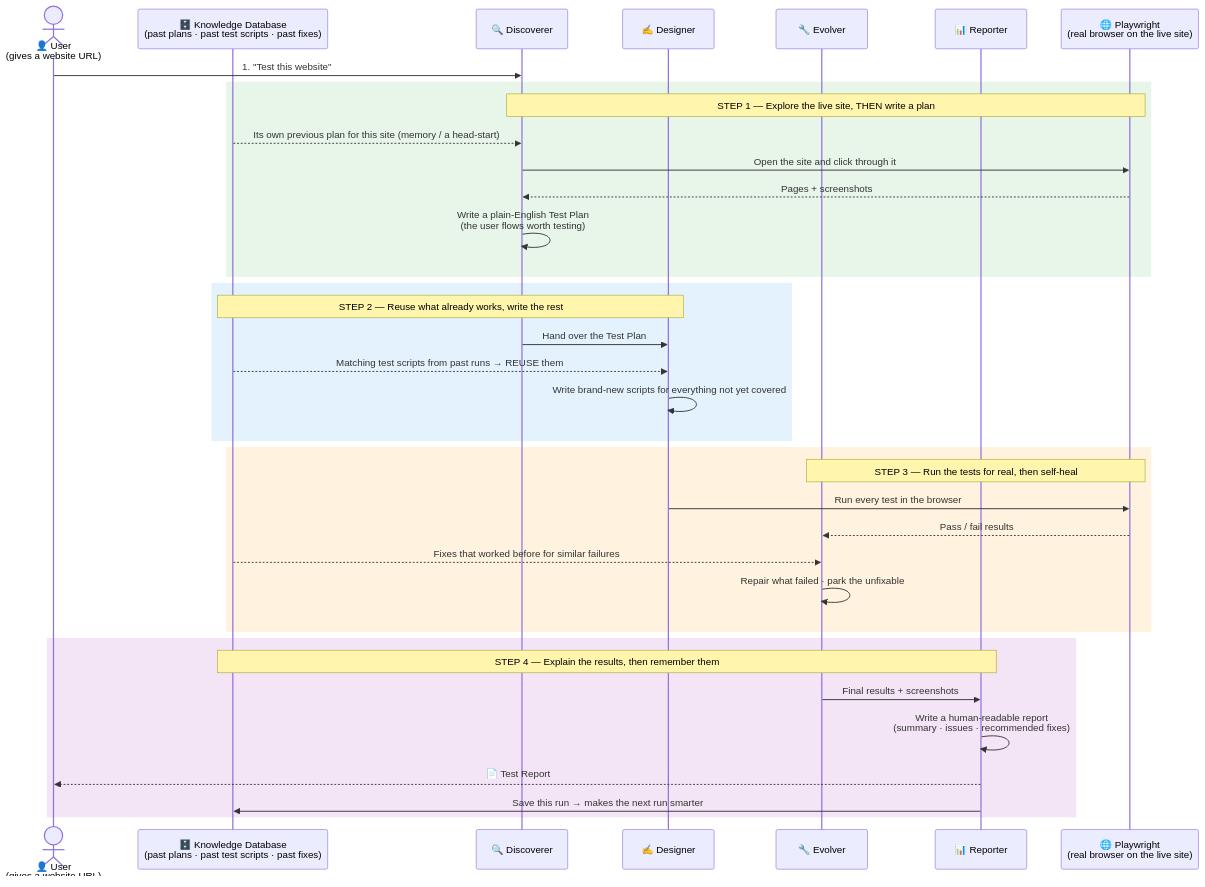
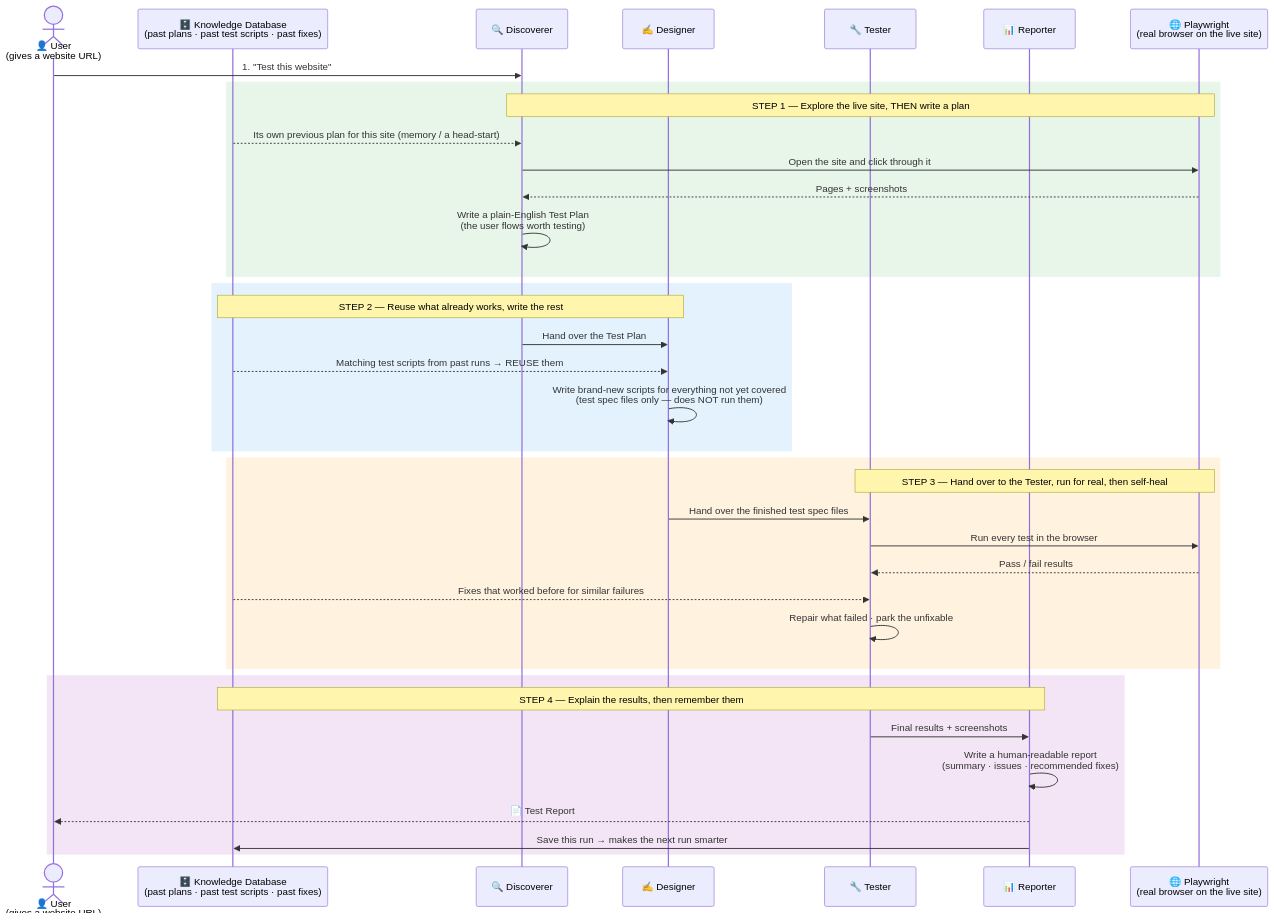
The diagram in docs/board-uml.md (spalanivelu1989/test-suite), drawn with Mermaid before and after one commit. The commit also changed other lines of this file and 86 other files, not shown here.

````diff
--- a/docs/board-uml.md
+++ b/docs/board-uml.md
@@ -6,43 +6,44 @@
 ```mermaid
 sequenceDiagram
     actor User as 👤 User<br/>(gives a website URL)
     participant DB as 🗄️ Knowledge Database<br/>(past plans · past test scripts · past fixes)
     participant A1 as 🔍 Discoverer
     participant A2 as ✍️ Designer
-    participant A3 as 🔧 Evolver
+    participant A3 as 🔧 Tester
     participant A4 as 📊 Reporter
     participant PW as 🌐 Playwright<br/>(real browser on the live site)
 
     User->>A1: 1. "Test this website"
 
     rect rgb(232, 245, 233)
     Note over A1,PW: STEP 1 — Explore the live site, THEN write a plan
     DB-->>A1: Its own previous plan for this site (memory / a head-start)
     A1->>PW: Open the site and click through it
     PW-->>A1: Pages + screenshots
     A1->>A1: Write a plain-English Test Plan<br/>(the user flows worth testing)
     end
 
     rect rgb(227, 242, 253)
     Note over A2,DB: STEP 2 — Reuse what already works, write the rest
     A1->>A2: Hand over the Test Plan
     DB-->>A2: Matching test scripts from past runs → REUSE them
-    A2->>A2: Write brand-new scripts for everything not yet covered
+    A2->>A2: Write brand-new scripts for everything not yet covered<br/>(test spec files only — does NOT run them)
     end
 
     rect rgb(255, 243, 224)
-    Note over A3,PW: STEP 3 — Run the tests for real, then self-heal
-    A2->>PW: Run every test in the browser
+    Note over A3,PW: STEP 3 — Hand over to the Tester, run for real, then self-heal
+    A2->>A3: Hand over the finished test spec files
+    A3->>PW: Run every test in the browser
     PW-->>A3: Pass / fail results
     DB-->>A3: Fixes that worked before for similar failures
     A3->>A3: Repair what failed · park the unfixable
     end
 
     rect rgb(243, 229, 245)
     Note over A4,DB: STEP 4 — Explain the results, then remember them
     A3->>A4: Final results + screenshots
     A4->>A4: Write a human-readable report<br/>(summary · issues · recommended fixes)
     A4-->>User: 📄 Test Report
     A4->>DB: Save this run → makes the next run smarter
     end
 ```
````
